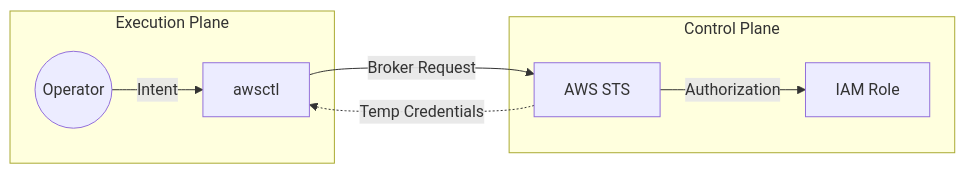
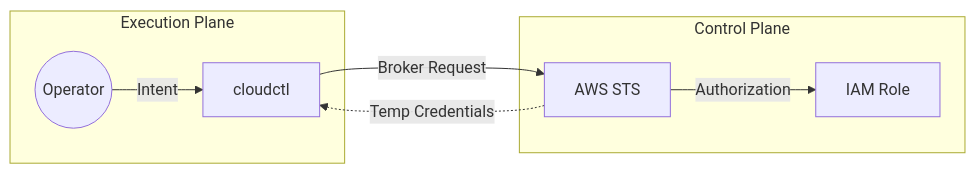
The diagram in docs/wiki/diagrams.md (hoad-org/cloudctl), drawn with Mermaid before and after one commit. The commit also changed other lines of this file and 198 other files, not shown here.

````diff
--- a/docs/wiki/diagrams.md
+++ b/docs/wiki/diagrams.md
@@ -71,17 +71,17 @@
 ```mermaid
 flowchart LR
     subgraph Local[Execution Plane]
         User((Operator))
-        Binary[awsctl]
+        Binary[cloudctl]
     end
 
     subgraph Cloud[Control Plane]
         STS[AWS STS]
         IAM[IAM Role]
     end
 
     User -->|Intent| Binary
     Binary -->|Broker Request| STS
     STS -.->|Temp Credentials| Binary
     STS -->|Authorization| IAM
 ```
````
